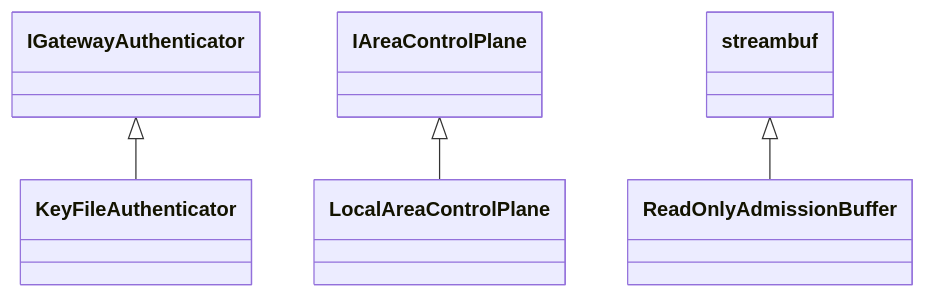
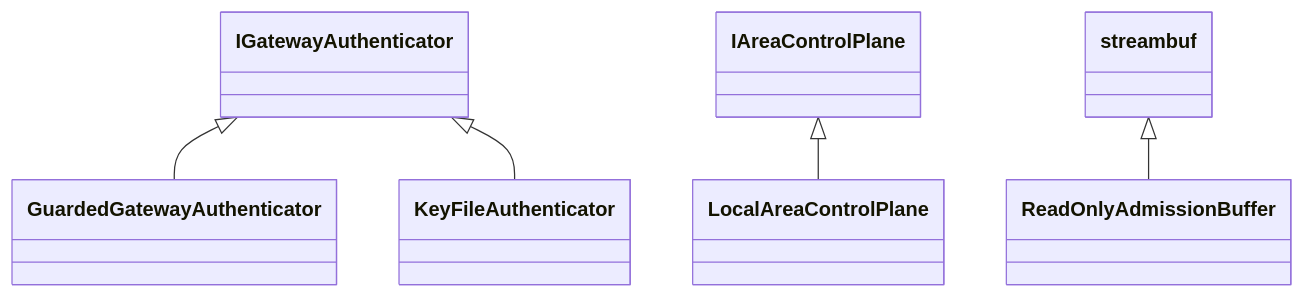
Before and after one commit to Krilliac/SparkEngine: the fifth of 7 diagrams in wiki/reference/Class-Hierarchy.md, drawn with Mermaid. The commit also changed other lines of this file and 7 other files, not shown here.

First line of the commit message:
docs: regenerate symbol indexes, file tree, class hierarchy and flowchart

```diff
--- a/wiki/reference/Class-Hierarchy.md
+++ b/wiki/reference/Class-Hierarchy.md
@@ -368,6 +368,7 @@
 ~~~mermaid
 classDiagram
+    IGatewayAuthenticator <|-- GuardedGatewayAuthenticator
     IGatewayAuthenticator <|-- KeyFileAuthenticator
     IAreaControlPlane <|-- LocalAreaControlPlane
     streambuf <|-- ReadOnlyAdmissionBuffer
 ~~~
```
